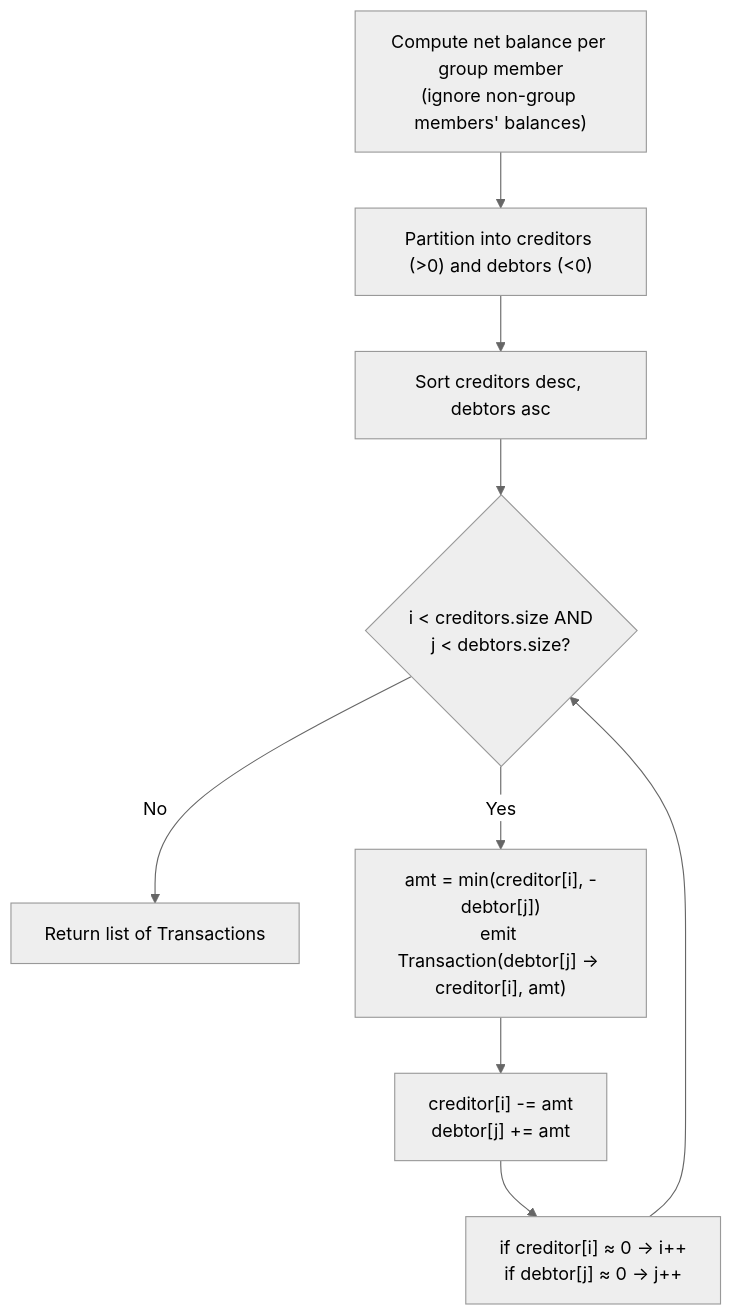
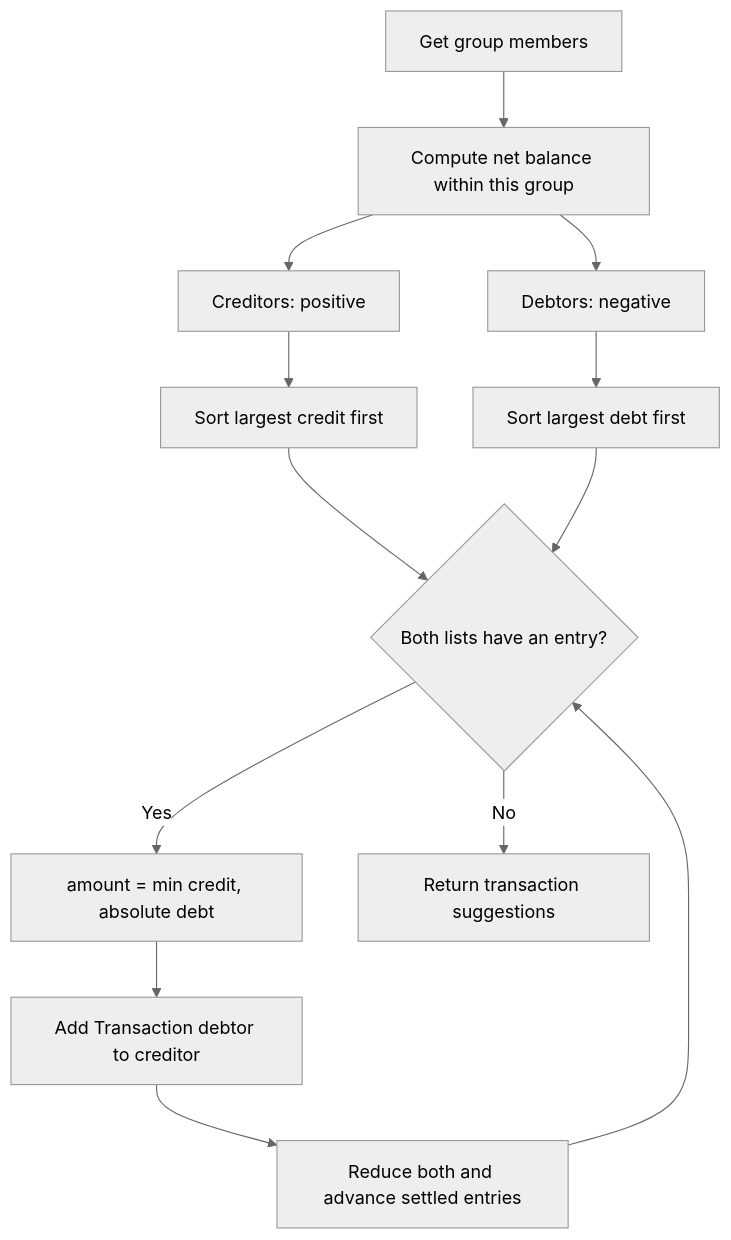
One commit to bhargavtenali/awesome-low-level-design changed the fifth of 5 diagrams in solutions/java/src/splitwise/SplitwiseLLD.md. Above: the diagram before and after it, drawn with Mermaid (neutral theme). The commit also changed other lines of this file and 12 other files, not shown here.

````diff
--- a/solutions/java/src/splitwise/SplitwiseLLD.md
+++ b/solutions/java/src/splitwise/SplitwiseLLD.md
@@ -355,11 +256,15 @@
 ```mermaid
 flowchart TD
-    A["Compute net balance per group member<br/>(ignore non-group members' balances)"] --> B["Partition into creditors (>0) and debtors (<0)"]
-    B --> C["Sort creditors desc, debtors asc"]
-    C --> D{"i < creditors.size AND<br/>j < debtors.size?"}
-    D -- No --> E["Return list of Transactions"]
-    D -- Yes --> F["amt = min(creditor[i], -debtor[j])<br/>emit Transaction(debtor[j] → creditor[i], amt)"]
-    F --> G["creditor[i] -= amt<br/>debtor[j] += amt"]
-    G --> H["if creditor[i] ≈ 0 → i++<br/>if debtor[j] ≈ 0 → j++"]
-    H --> D
+    A[Get group members] --> B[Compute net balance within this group]
+    B --> C[Creditors: positive]
+    B --> D[Debtors: negative]
+    C --> E[Sort largest credit first]
+    D --> F[Sort largest debt first]
+    E --> G{Both lists have an entry?}
+    F --> G
+    G -->|Yes| H[amount = min credit, absolute debt]
+    H --> I[Add Transaction debtor to creditor]
+    I --> J[Reduce both and advance settled entries]
+    J --> G
+    G -->|No| K[Return transaction suggestions]
 ```
````
